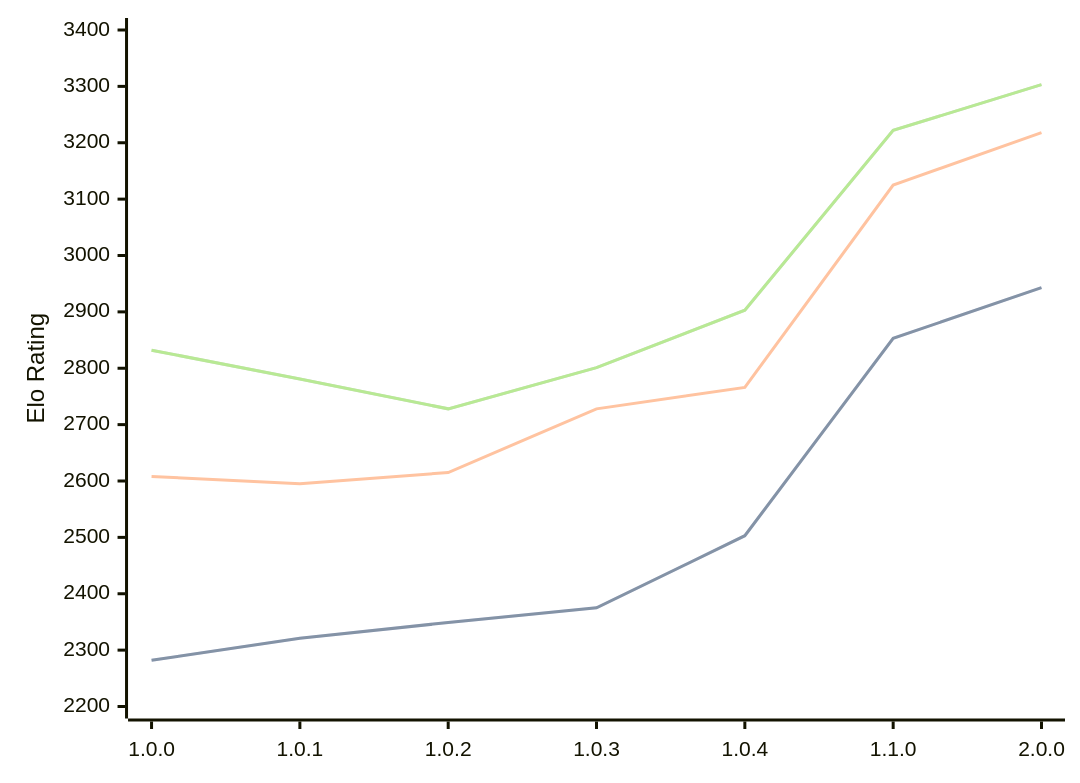
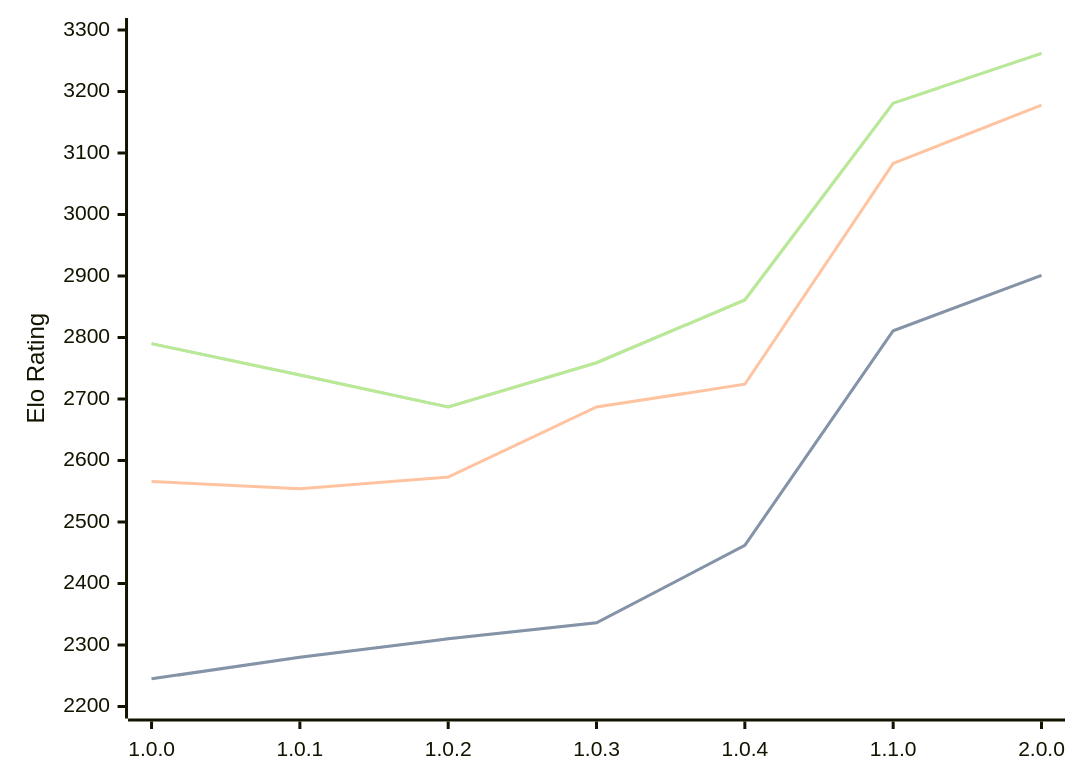
The diagram in engines/Grail.md (computer-chess-index/cci), drawn with Mermaid before and after one commit. The commit also changed other lines of this file, not shown here.

Commit message:
Update CCI Ratings (ELO VLTC) - 2026-05-19

````diff
--- a/engines/Grail.md
+++ b/engines/Grail.md
@@ -37,11 +37,11 @@
 ```mermaid
 %%{init: {"theme":"base","themeVariables":{"seriesColors:['#a3a3a3','#222221','#faa371']}}}%%
 xychart-beta
   x-axis ["1.0.0", "1.0.1", "1.0.2", "1.0.3", "1.0.4", "1.1.0", "2.0.0"]
-  y-axis "Elo Rating" 2200 --> 3400
-  line "STC (8.0+0.08s)" [2282, 2321, 2349, 2375, 2503, 2853, 2943]
-  line "STC (8.0+0.08s)" [2282, 2321, 2349, 2375, 2503, 2853, 2943]
-  line "LTC (60.0+0.60s)" [2608, 2595, 2615, 2728, 2766, 3125, 3218]
-  line "VLTC (2m24s+1.12s)" [2832, 2781, 2728, 2801, 2903, 3222, 3303]
-  line "VLTC (2m24s+1.12s)" [2832, 2781, 2728, 2801, 2903, 3222, 3303]
+  y-axis "Elo Rating" 2200 --> 3300
+  line "STC (8.0+0.08s)" [2245, 2280, 2310, 2336, 2462, 2811, 2901]
+  line "STC (8.0+0.08s)" [2245, 2280, 2310, 2336, 2462, 2811, 2901]
+  line "LTC (60.0+0.60s)" [2566, 2554, 2573, 2687, 2724, 3083, 3178]
+  line "VLTC (2m24s+1.12s)" [2790, 2739, 2687, 2759, 2861, 3181, 3262]
+  line "VLTC (2m24s+1.12s)" [2790, 2739, 2687, 2759, 2861, 3181, 3262]
 ```
````
